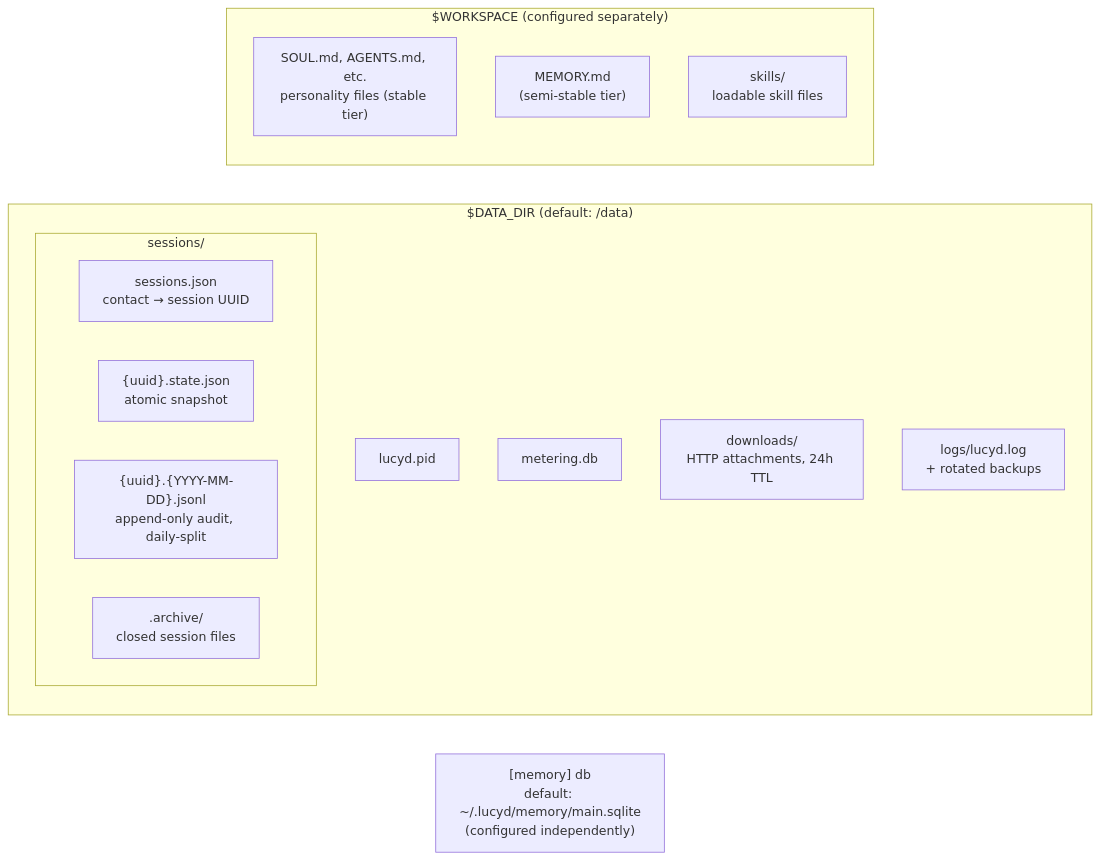
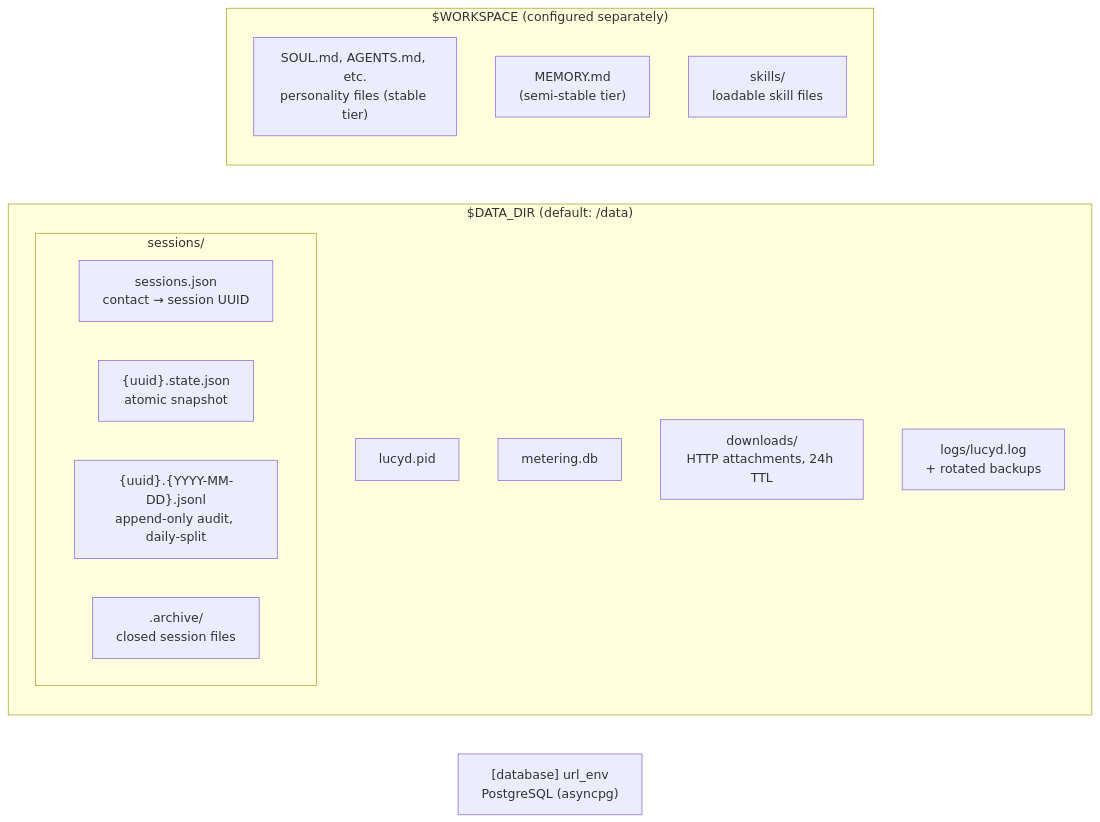
Before and after one commit to nicolasforstinger/lucyd: the ninth of 10 diagrams in docs/diagrams.md, drawn with Mermaid. The commit also changed other lines of this file and 7 other files, not shown here.

````diff
--- a/docs/diagrams.md
+++ b/docs/diagrams.md
@@ -652,23 +652,23 @@
 ```mermaid
 flowchart LR
     subgraph DataDir["$DATA_DIR (default: /data)"]
         PID["lucyd.pid"]
         METERING["metering.db"]
         DOWNLOADS["downloads/<br/>HTTP attachments, 24h TTL"]
         LOGS["logs/lucyd.log<br/>+ rotated backups"]
         subgraph Sessions["sessions/"]
             INDEX["sessions.json<br/>contact → session UUID"]
             STATE["{uuid}.state.json<br/>atomic snapshot"]
             JSONL["{uuid}.{YYYY-MM-DD}.jsonl<br/>append-only audit, daily-split"]
             ARCHIVE[".archive/<br/>closed session files"]
         end
     end
 
     subgraph Workspace["$WORKSPACE (configured separately)"]
         PERSONA["SOUL.md, AGENTS.md, etc.<br/>personality files (stable tier)"]
         MEMORY_MD["MEMORY.md<br/>(semi-stable tier)"]
         SKILLS["skills/<br/>loadable skill files"]
     end
 
-    MEMDB["[memory] db<br/>default: ~/.lucyd/memory/main.sqlite<br/>(configured independently)"]
+    MEMDB["[database] url_env<br/>PostgreSQL (asyncpg)"]
 ```
````
